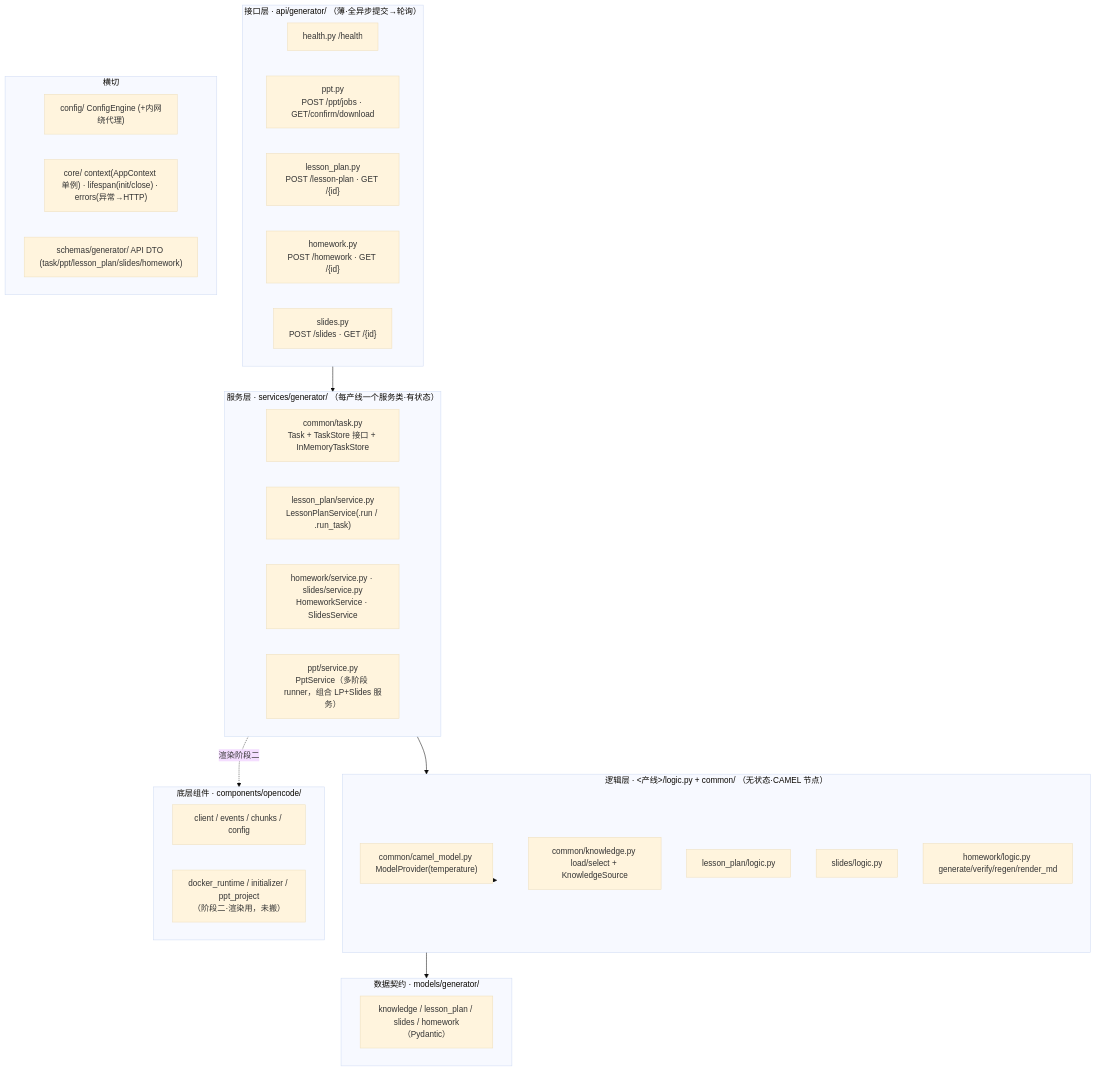
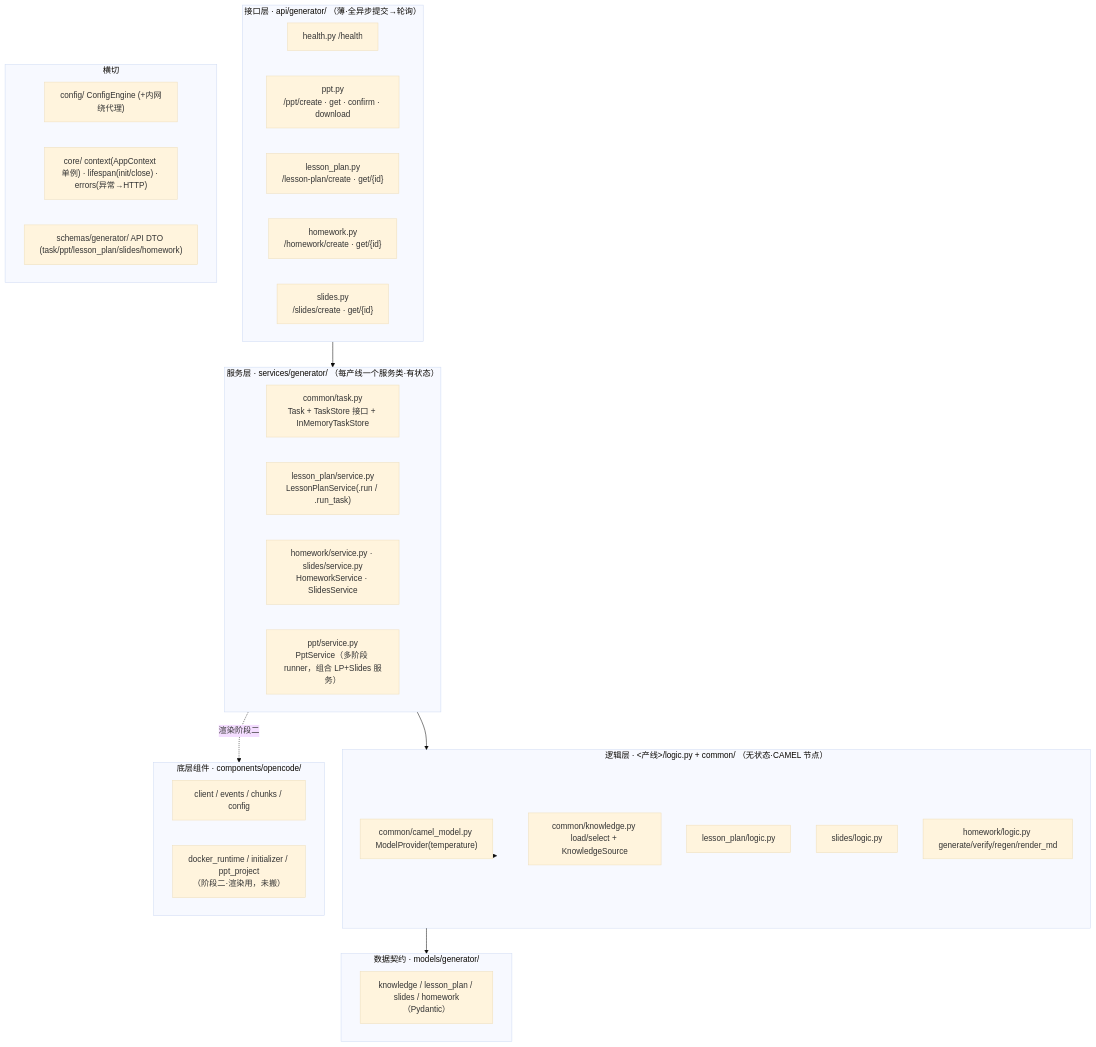
One commit to comet-7x/opencode-ppt changed the first of 3 diagrams in docs/ARCHITECTURE_AND_PLAN.md. Above: the diagram before and after it, drawn with Mermaid (base theme). The commit also changed other lines of this file and 16 other files, not shown here.

````diff
--- a/docs/ARCHITECTURE_AND_PLAN.md
+++ b/docs/ARCHITECTURE_AND_PLAN.md
@@ -28,45 +28,45 @@
 ```mermaid
 flowchart TB
     subgraph API["接口层 · api/generator/ （薄·全异步提交→轮询）"]
         A0["health.py /health"]
-        A1["ppt.py<br/>POST /ppt/jobs · GET/confirm/download"]
-        A2["lesson_plan.py<br/>POST /lesson-plan · GET /{id}"]
-        A3["homework.py<br/>POST /homework · GET /{id}"]
-        A4["slides.py<br/>POST /slides · GET /{id}"]
+        A1["ppt.py<br/>/ppt/create · get · confirm · download"]
+        A2["lesson_plan.py<br/>/lesson-plan/create · get/{id}"]
+        A3["homework.py<br/>/homework/create · get/{id}"]
+        A4["slides.py<br/>/slides/create · get/{id}"]
     end
 
     subgraph SVC["服务层 · services/generator/ （每产线一个服务类·有状态）"]
         T0["common/task.py<br/>Task + TaskStore 接口 + InMemoryTaskStore"]
         S3["lesson_plan/service.py<br/>LessonPlanService(.run / .run_task)"]
         S4["homework/service.py · slides/service.py<br/>HomeworkService · SlidesService"]
         S2["ppt/service.py<br/>PptService（多阶段 runner，组合 LP+Slides 服务）"]
     end
 
     subgraph LOGIC["逻辑层 · <产线>/logic.py + common/ （无状态·CAMEL 节点）"]
         L0["common/camel_model.py ModelProvider(temperature)"]
         L1["common/knowledge.py load/select + KnowledgeSource"]
         L2["lesson_plan/logic.py"]
         L3["slides/logic.py"]
         L4["homework/logic.py generate/verify/regen/render_md"]
     end
 
     subgraph DATA["数据契约 · models/generator/"]
         D1["knowledge / lesson_plan / slides / homework（Pydantic）"]
     end
 
     subgraph COMP["底层组件 · components/opencode/"]
         C1["client / events / chunks / config"]
         C2["docker_runtime / initializer / ppt_project<br/>（阶段二·渲染用，未搬）"]
     end
 
     API --> SVC --> LOGIC
     LOGIC --> DATA
     LOGIC --> L0
     SVC -.渲染阶段二.-> COMP
 
     subgraph CROSS["横切"]
         X1["config/ ConfigEngine (+内网绕代理)"]
         X2["core/ context(AppContext 单例) · lifespan(init/close) · errors(异常→HTTP)"]
         X3["schemas/generator/ API DTO (task/ppt/lesson_plan/slides/homework)"]
     end
 ```
````
